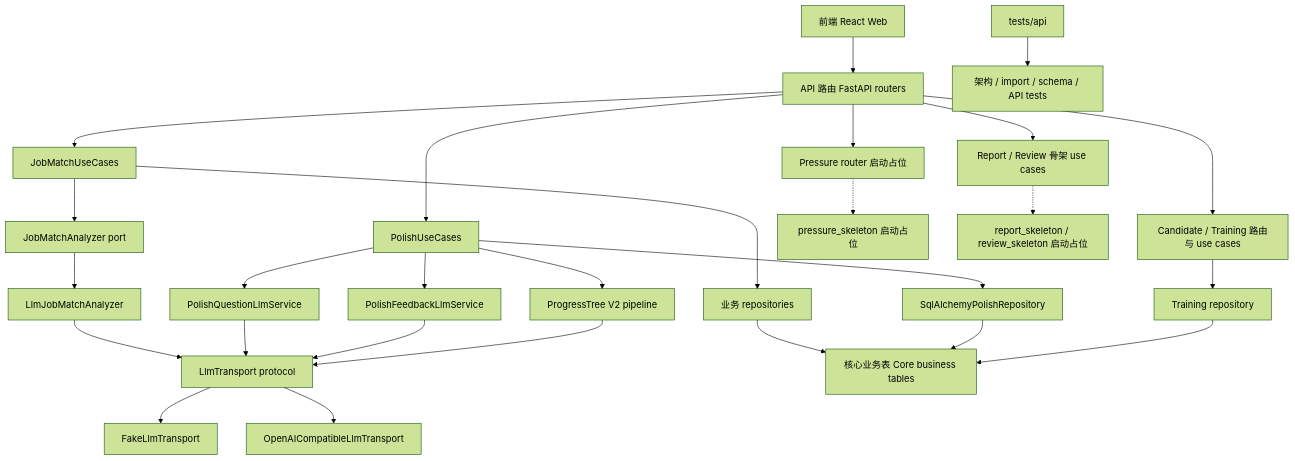
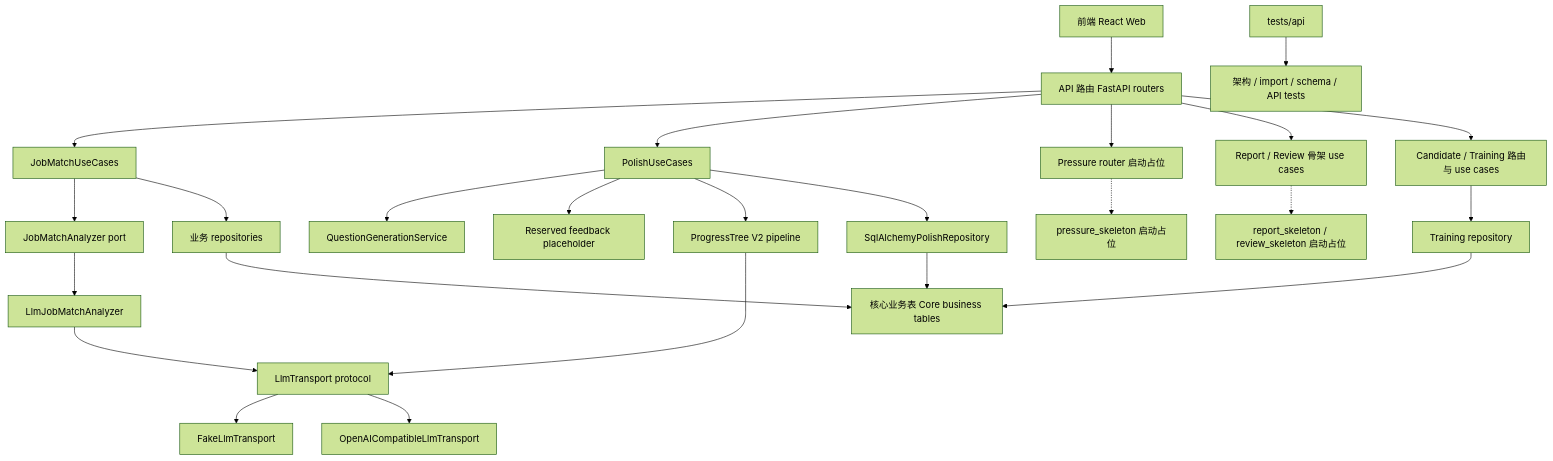
The first of 11 diagrams in docs/03-delivery/refactor-multiagent-langgraph-implementation/01_ARCHITECTURE_ASIS_TOBE.md (linxiecoder/AiForInterviewer), drawn with Mermaid (forest theme) before and after one commit. The commit also changed other lines of this file and 45 other files, not shown here.

Commit message:
refactor(polish): replace legacy question and feedback generation chains

````diff
--- a/docs/03-delivery/refactor-multiagent-langgraph-implementation/01_ARCHITECTURE_ASIS_TOBE.md
+++ b/docs/03-delivery/refactor-multiagent-langgraph-implementation/01_ARCHITECTURE_ASIS_TOBE.md
@@ -37,35 +37,33 @@
 ```mermaid
 flowchart TB
   Web["前端 React Web"] --> Api["API 路由 FastAPI routers"]
   Api --> JobMatch["JobMatchUseCases"]
   Api --> Polish["PolishUseCases"]
   Api --> Pressure["Pressure router 启动占位"]
   Api --> ReportReview["Report / Review 骨架 use cases"]
   Api --> CandidateTraining["Candidate / Training 路由与 use cases"]
 
   JobMatch --> JobAnalyzerPort["JobMatchAnalyzer port"]
   JobAnalyzerPort --> JobLlm["LlmJobMatchAnalyzer"]
   JobLlm --> LlmPort["LlmTransport protocol"]
 
-  Polish --> QuestionSvc["PolishQuestionLlmService"]
-  Polish --> FeedbackSvc["PolishFeedbackLlmService"]
+  Polish --> QuestionSvc["QuestionGenerationService"]
+  Polish --> FeedbackSvc["Reserved feedback placeholder"]
   Polish --> ProgressSvc["ProgressTree V2 pipeline"]
-  QuestionSvc --> LlmPort
-  FeedbackSvc --> LlmPort
   ProgressSvc --> LlmPort
 
   LlmPort --> Fake["FakeLlmTransport"]
   LlmPort --> OpenAI["OpenAICompatibleLlmTransport"]
 
   JobMatch --> BizRepo["业务 repositories"]
   Polish --> PolishRepo["SqlAlchemyPolishRepository"]
   CandidateTraining --> TrainingRepo["Training repository"]
   BizRepo --> BizTables["核心业务表 Core business tables"]
   PolishRepo --> BizTables
   TrainingRepo --> BizTables
 
   Pressure -.-> PressureSkeleton["pressure_skeleton 启动占位"]
   ReportReview -.-> ReportReviewSkeleton["report_skeleton / review_skeleton 启动占位"]
 
   Tests["tests/api"] --> Boundaries["架构 / import / schema / API tests"]
 ```
````
